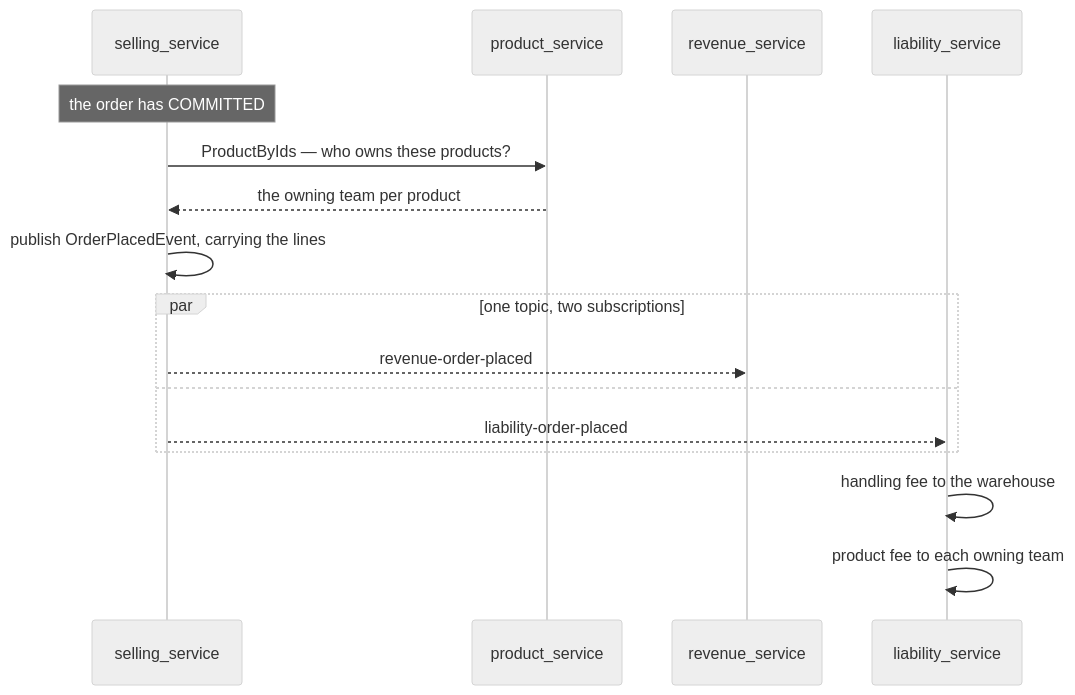
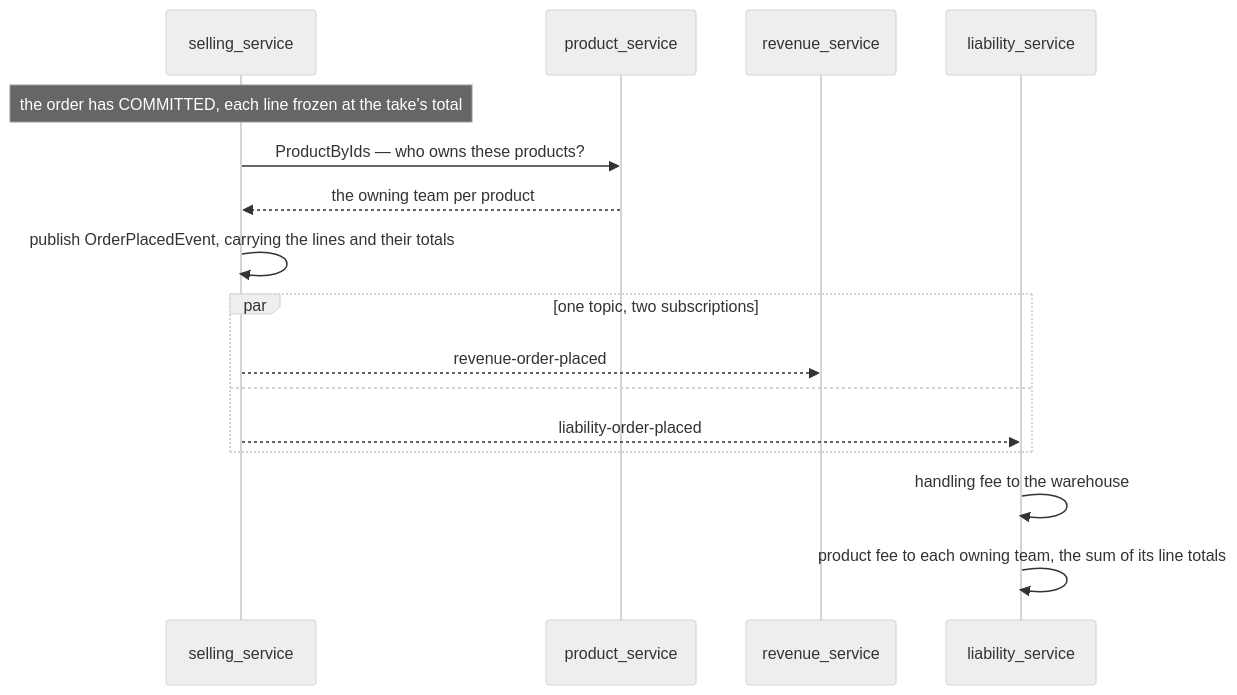
Before and after one commit to pdcgo/warehouse_revamp: the second of 9 diagrams in docs/services/liability_service/rpc.md, drawn with Mermaid (neutral theme). The commit also changed other lines of this file and 346 other files, not shown here.

First line of the commit message:
feat(analytic): the graph and its Table/Graph tabs, metrics/suppliers on the contract — with the order, liability and shipment work in flight

````diff
--- a/docs/services/liability_service/rpc.md
+++ b/docs/services/liability_service/rpc.md
@@ -81,19 +81,19 @@
 ```mermaid
 sequenceDiagram
     participant S as selling_service
     participant P as product_service
     participant R as revenue_service
     participant T as liability_service
 
-    Note over S: the order has COMMITTED
+    Note over S: the order has COMMITTED, each line frozen at the take's total
     S->>P: ProductByIds — who owns these products?
     P-->>S: the owning team per product
-    S->>S: publish OrderPlacedEvent, carrying the lines
+    S->>S: publish OrderPlacedEvent, carrying the lines and their totals
     par one topic, two subscriptions
         S-->>R: revenue-order-placed
     and
         S-->>T: liability-order-placed
     end
     T->>T: handling fee to the warehouse
-    T->>T: product fee to each owning team
+    T->>T: product fee to each owning team, the sum of its line totals
 ```
````
